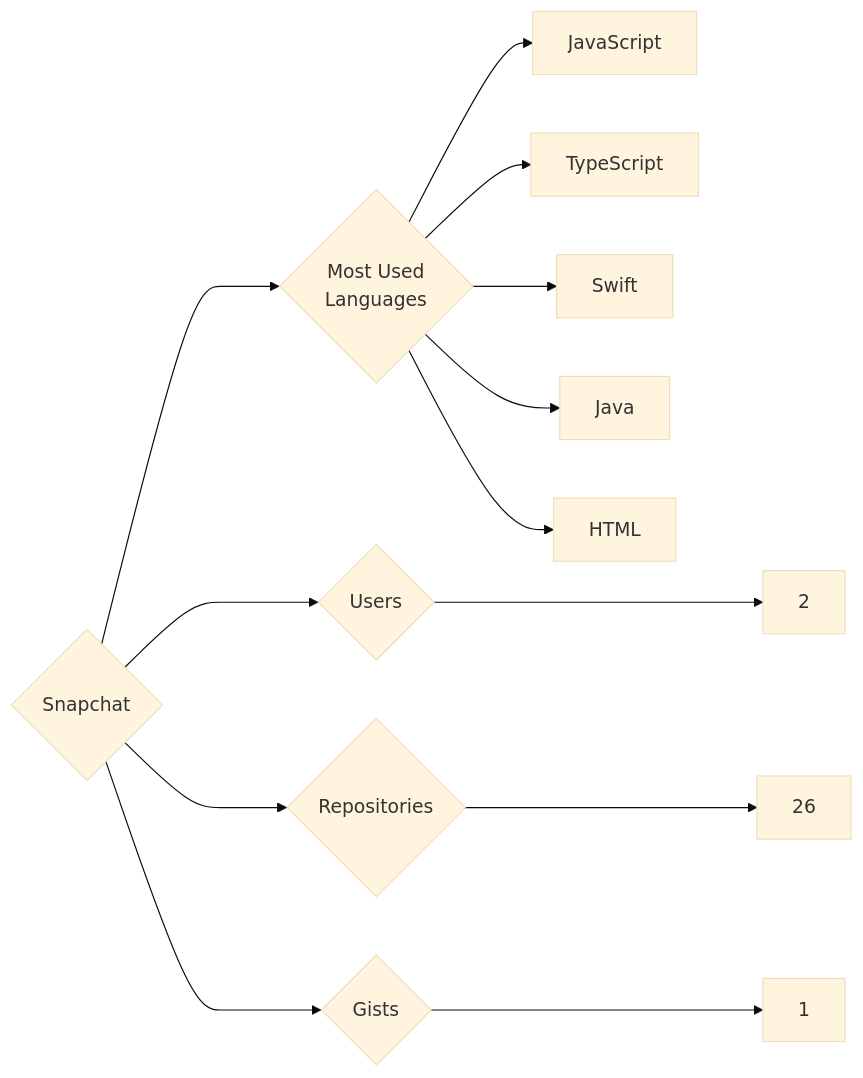
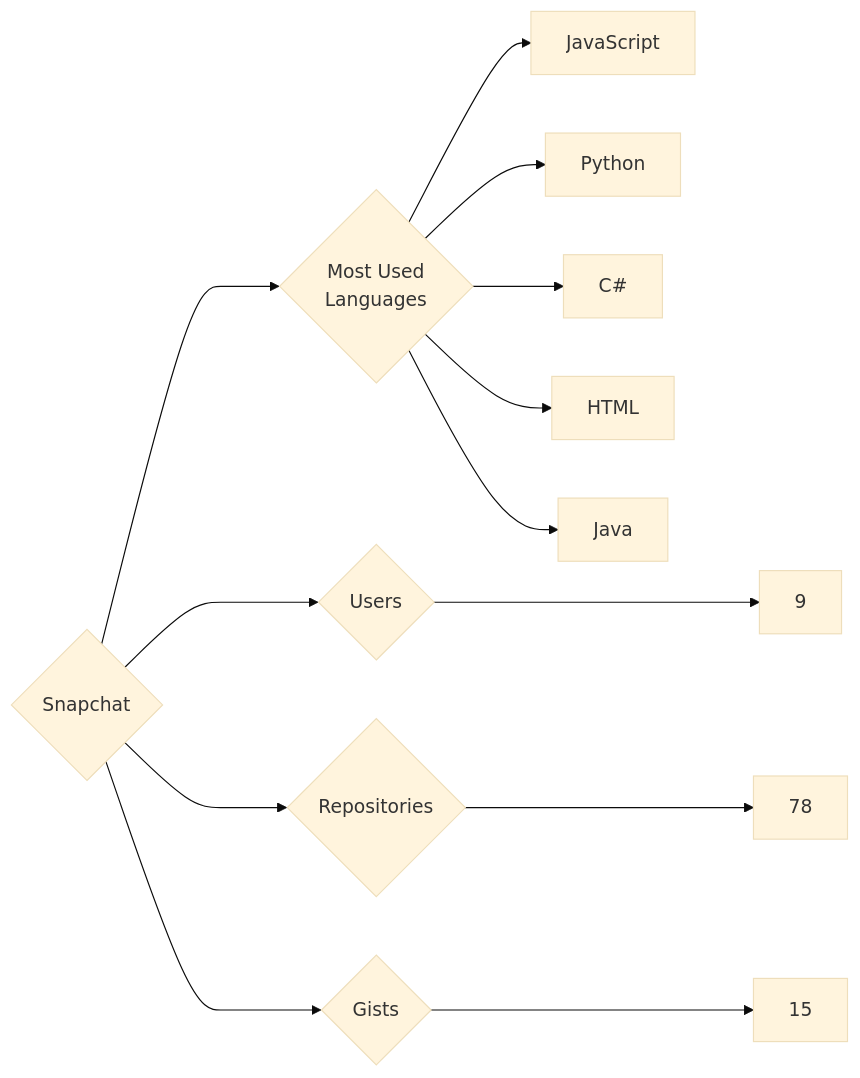
One commit to trickest/insiders changed the diagram in targets/Snapchat/README.md. Above: the diagram before and after it, drawn with Mermaid (base theme). The commit also changed 1696 other files, not shown here.

````diff
--- a/targets/Snapchat/README.md
+++ b/targets/Snapchat/README.md
@@ -3,13 +3,13 @@
 ```mermaid
 graph LR
 COMPANY_NAME{Snapchat}
-COMPANY_NAME ---> U{Users} ---> UN[2]
-COMPANY_NAME ---> R{Repositories} ---> RN[26]
-COMPANY_NAME ---> G{Gists} ---> GN[1]
+COMPANY_NAME ---> U{Users} ---> UN[9]
+COMPANY_NAME ---> R{Repositories} ---> RN[78]
+COMPANY_NAME ---> G{Gists} ---> GN[15]
 COMPANY_NAME ---> ML{Most Used<br>Languages}
 ML --> JavaScript[JavaScript]
-ML --> TypeScript[TypeScript]
-ML --> Swift[Swift]
+ML --> Python[Python]
+ML --> C#[C#]
+ML --> HTML[HTML]
 ML --> Java[Java]
-ML --> HTML[HTML]
 ```
````
